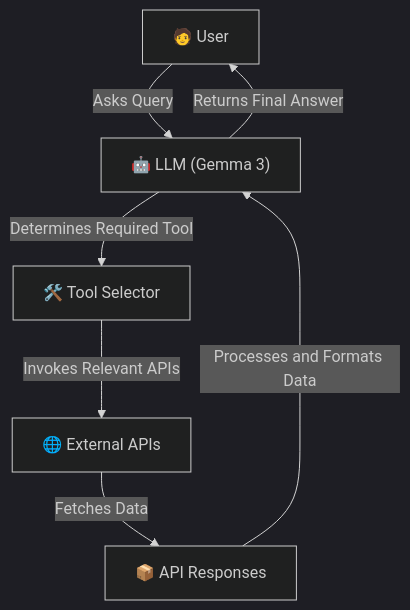
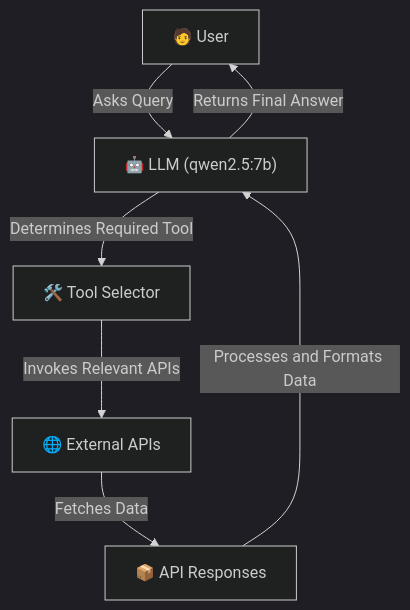
Before and after one commit to AkshayJadhav96/Travel-_Planning_Assistant: the diagram in project-docs/docs/architecture.md, drawn with Mermaid (dark theme). The commit also changed 3 other files, not shown here.

````diff
--- a/project-docs/docs/architecture.md
+++ b/project-docs/docs/architecture.md
@@ -13,9 +13,9 @@
 ```mermaid
 graph TD;
-    User["🧑 User"] -->|Asks Query| LLM["🤖 LLM (Gemma 3)"];
+    User["🧑 User"] -->|Asks Query| LLM["🤖 LLM (qwen2.5:7b)"];
     LLM -->|Determines Required Tool| Tools["🛠️ Tool Selector"];
     Tools -->|Invokes Relevant APIs| APIs["🌐 External APIs"];
     APIs -->|Fetches Data| API_Responses["📦 API Responses"];
     API_Responses -->|Processes and Formats Data| LLM;
     LLM -->|Returns Final Answer| User;
 ```
````
